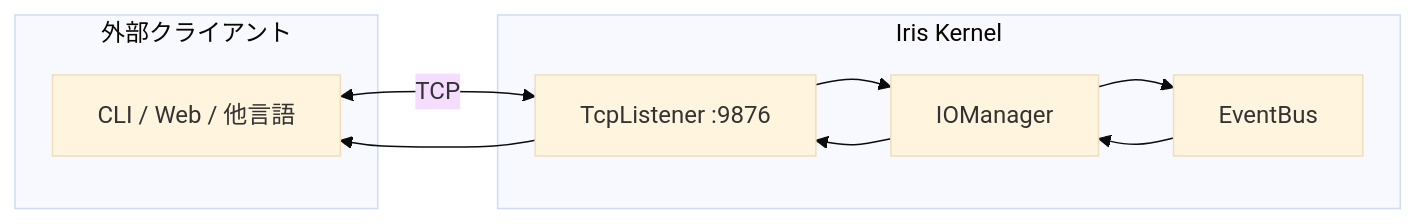
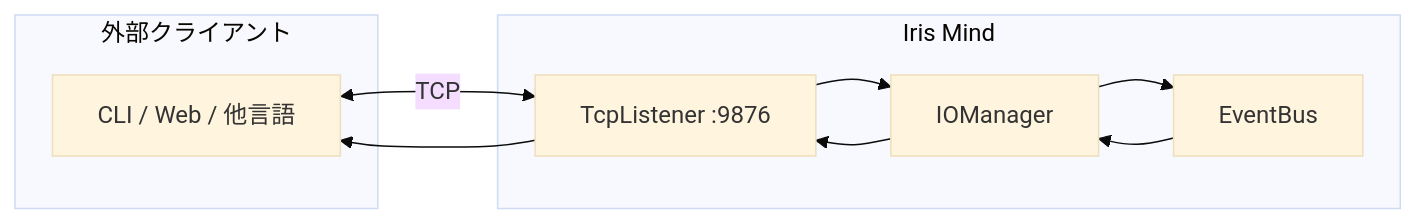
The second of 2 diagrams in README.md (ibukani/iris-mind), drawn with Mermaid (base theme) before and after one commit. The commit also changed other lines of this file and 4 other files, not shown here.

First line of the commit message:
rename: プロジェクト名 iris-kernel → iris-mind

````diff
--- a/README.md
+++ b/README.md
@@ -80,15 +80,15 @@
 ```mermaid
 flowchart LR
     subgraph Ext["外部クライアント"]
         CLI["CLI / Web / 他言語"]
     end
-    subgraph Iris["Iris Kernel"]
+    subgraph Iris["Iris Mind"]
         TCP["TcpListener :9876"]
         IO["IOManager"]
         EV["EventBus"]
     end
     CLI <-->|TCP| TCP
     TCP --> IO
     IO --> EV
     EV --> IO --> TCP --> CLI
 ```
````
